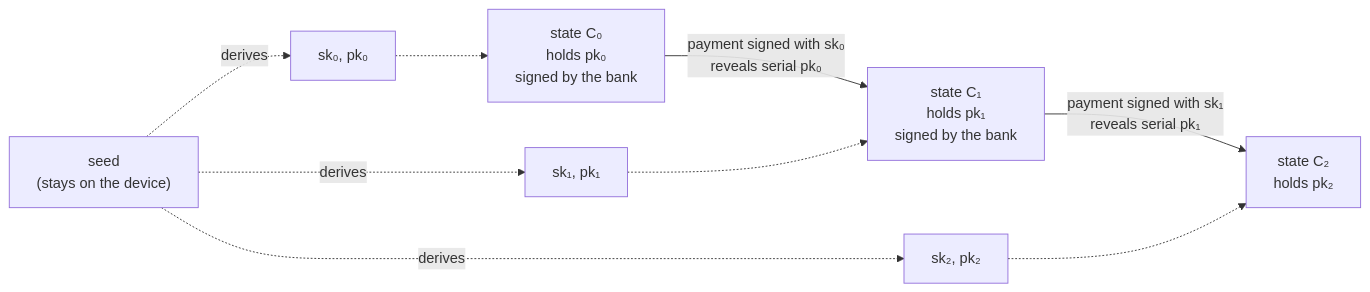
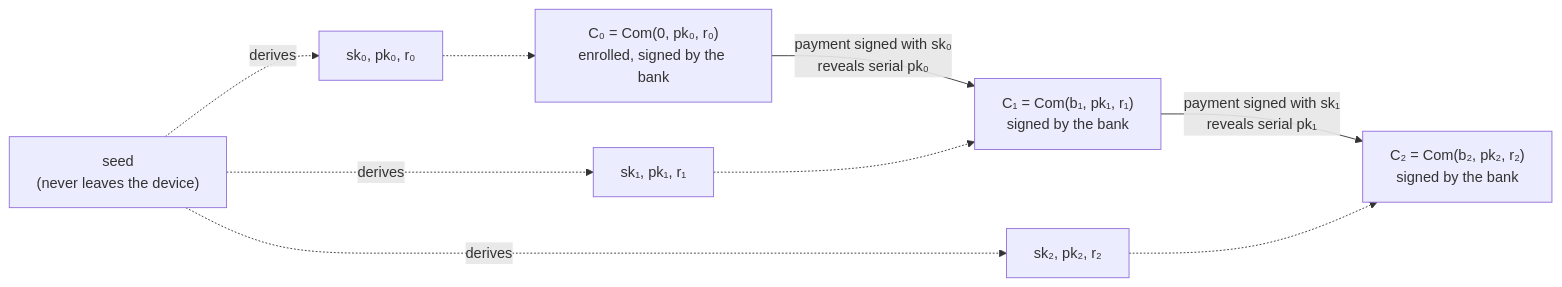
The first of 2 diagrams in round-1/README.md (alexandre-mrt/thesis-tee-private-payments), drawn with Mermaid before and after one commit. The commit also changed other lines of this file, not shown here.

Commit message:
docs(round-1): state and payment diagrams aligned with the text and the payment map

````diff
--- a/round-1/README.md
+++ b/round-1/README.md
@@ -71,11 +71,11 @@
 ```mermaid
 flowchart LR
-  seed["seed<br/>(stays on the device)"] -. derives .-> k0["sk₀, pk₀"]
-  seed -. derives .-> k1["sk₁, pk₁"]
-  seed -. derives .-> k2["sk₂, pk₂"]
-  C0["state C₀<br/>holds pk₀<br/>signed by the bank"] -- "payment signed with sk₀<br/>reveals serial pk₀" --> C1["state C₁<br/>holds pk₁<br/>signed by the bank"]
-  C1 -- "payment signed with sk₁<br/>reveals serial pk₁" --> C2["state C₂<br/>holds pk₂"]
+  seed["seed<br/>(never leaves the device)"] -. derives .-> k0["sk₀, pk₀, r₀"]
+  seed -. derives .-> k1["sk₁, pk₁, r₁"]
+  seed -. derives .-> k2["sk₂, pk₂, r₂"]
+  C0["C₀ = Com(0, pk₀, r₀)<br/>enrolled, signed by the bank"] -- "payment signed with sk₀<br/>reveals serial pk₀" --> C1["C₁ = Com(b₁, pk₁, r₁)<br/>signed by the bank"]
+  C1 -- "payment signed with sk₁<br/>reveals serial pk₁" --> C2["C₂ = Com(b₂, pk₂, r₂)<br/>signed by the bank"]
   k0 -.-> C0
   k1 -.-> C1
   k2 -.-> C2
 ```
````
